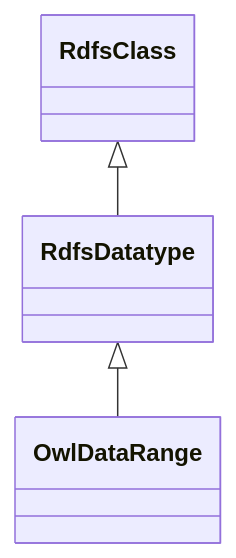
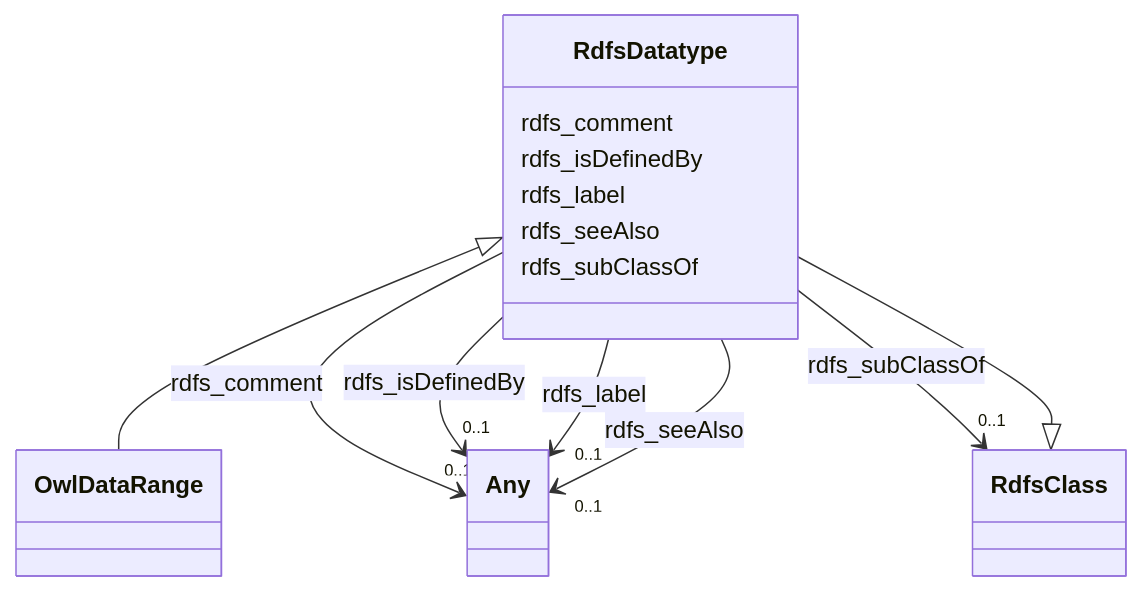
The diagram in fio-kg/classes/RdfsDatatype.md (frink-okn/graph-descriptions), drawn with Mermaid before and after one commit. The commit also changed other lines of this file and 501 other files, not shown here.

````diff
--- a/fio-kg/classes/RdfsDatatype.md
+++ b/fio-kg/classes/RdfsDatatype.md
@@ -23,14 +23,59 @@
 ```mermaid
  classDiagram
     class RdfsDatatype
     click RdfsDatatype href "../RdfsDatatype"
       RdfsClass <|-- RdfsDatatype
         click RdfsClass href "../RdfsClass"
       
 
       RdfsDatatype <|-- OwlDataRange
         click OwlDataRange href "../OwlDataRange"
       
       
+      RdfsDatatype : rdfs_comment
+        
+          
+    
+    
+    RdfsDatatype --> "0..1" Any : rdfs_comment
+    click Any href "../Any"
+
+        
+      RdfsDatatype : rdfs_isDefinedBy
+        
+          
+    
+    
+    RdfsDatatype --> "0..1" Any : rdfs_isDefinedBy
+    click Any href "../Any"
+
+        
+      RdfsDatatype : rdfs_label
+        
+          
+    
+    
+    RdfsDatatype --> "0..1" Any : rdfs_label
+    click Any href "../Any"
+
+        
+      RdfsDatatype : rdfs_seeAlso
+        
+          
+    
+    
+    RdfsDatatype --> "0..1" Any : rdfs_seeAlso
+    click Any href "../Any"
+
+        
+      RdfsDatatype : rdfs_subClassOf
+        
+          
+    
+    
+    RdfsDatatype --> "0..1" RdfsClass : rdfs_subClassOf
+    click RdfsClass href "../RdfsClass"
+
+        
       
 ```
````
